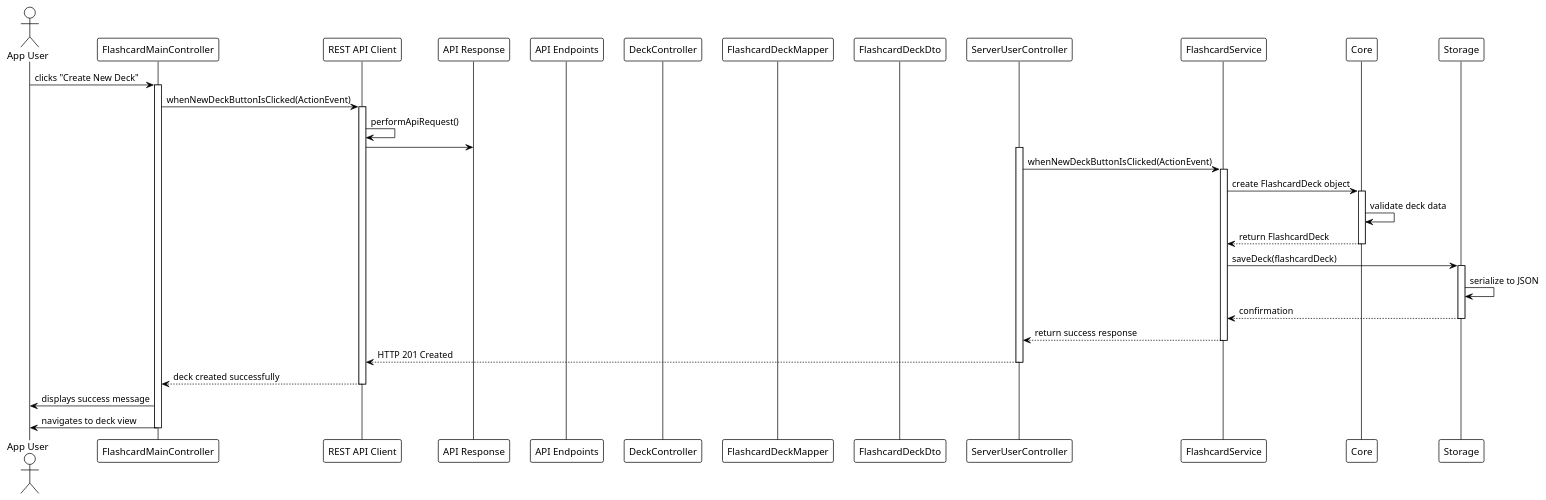
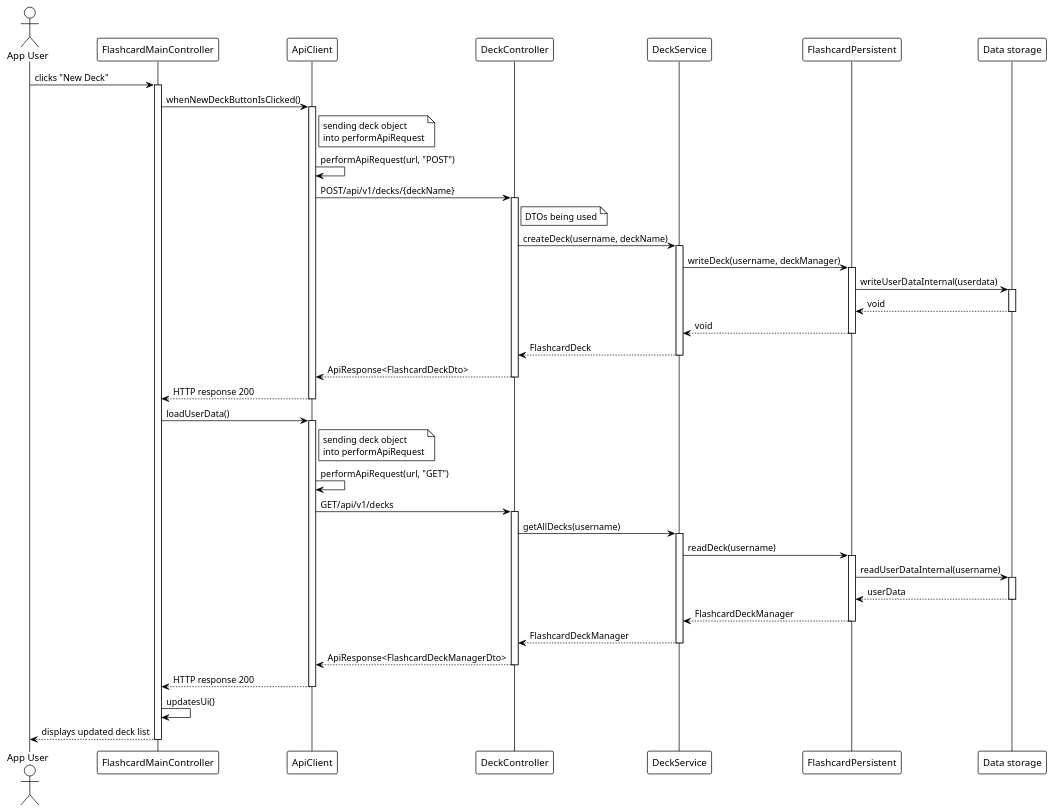
The diagram in docs/release_3/uml_documentation/sequence.puml (marennodenes/Flashcard-App), drawn with PlantUML before and after one commit.

Commit message:
docs(puml): create sequence.puml diagram
Created sequence.puml diagram for create new deck.
User story: As a user I want to create a new deck so that I can start creating flashcards for a new topic.

#106

```diff
--- a/docs/release_3/uml_documentation/sequence.puml
+++ b/docs/release_3/uml_documentation/sequence.puml
@@ -1,84 +1,73 @@
 @startuml create_flashcard_deck_sequence
 !theme plain
 skinparam monochrome true
 skinparam shadowing false
 
+actor "App User" as User
+participant "FlashcardMainController" as MainController
+participant "ApiClient" as APIClient
+participant "DeckController" as DeckController
+participant "DeckService" as DeckService
+
+participant "FlashcardPersistent" as FlashcardPersistent
+participant "Data storage" as DataStorage
+
+User -> MainController : clicks "New Deck"
+activate MainController
+
+MainController -> APIClient : whenNewDeckButtonIsClicked()
+activate APIClient
+note right APIClient : sending deck object\ninto performApiRequest 
+APIClient -> APIClient : performApiRequest(url, "POST")
+APIClient -> DeckController : POST/api/v1/decks/{deckName}
+activate DeckController
+note right of DeckController : DTOs being used
+DeckController -> DeckService : createDeck(username, deckName)
+activate DeckService
+
+DeckService -> FlashcardPersistent : writeDeck(username, deckManager)
+activate FlashcardPersistent
+FlashcardPersistent -> DataStorage : writeUserDataInternal(userdata)
+activate DataStorage
 
 
-/' 
+DataStorage --> FlashcardPersistent : void
+deactivate DataStorage
 
-- user writes deck name and clicks on "New Deck" button
-- (FlashcardMainController) whenNewDeckButtonIsClicked(ActionEvent): 
-    - (ApiClient) performApiRequest(String, String, Object, TupeReference<T>): 
-        -sendRequest(): returnerer <--  validates, 
-        <--parseResponse(String, TypeReference): <-- OBJECT_MAPPER.readValue(json, typeReference)
-    - (ApiResponse) isSuccess() <-- boolean
-
-    - loadUserData()
-        (ApiEndpoints) getUserDecksUrl(String username)
-        (DeckController) createDeck(username, deck)
-        isSucess and getData hvis disse stemmer så
-            - 
-    - updateUi()
-        setText(String), setVisible(), 
-        hideAllDeckButtons
-
-
- '/
-
-
-actor "App User" as User
-participant "FlashcardMainController" as MainController
-participant "REST API Client" as APIClient
-participant "API Response" as ApiResponse
-participant "API Endpoints" as ApiEndpoints
-participant "DeckController" as DeckController
-participant "DeckController" as DeckController
-participant "FlashcardDeckMapper" as FlashcardDeckMapper
-participant "FlashcardDeckDto" as FlashcardDeckDto
-
-
-User -> MainController : clicks "Create New Deck"
-activate MainController
-
-/' MainController -> User : displays deck creation form
-User -> MainController : enters deck name and details '/
-/' MainController -> MainController : validates input '/
-
-MainController -> APIClient : whenNewDeckButtonIsClicked(ActionEvent)
-activate APIClient
-
-APIClient -> APIClient : performApiRequest()
-
-APIClient -> ApiResponse : 
-activate ServerUserController
-
-ServerUserController -> FlashcardService : whenNewDeckButtonIsClicked(ActionEvent)
-activate FlashcardService
-
-FlashcardService -> Core : create FlashcardDeck object
-activate Core
-Core -> Core : validate deck data
-Core --> FlashcardService : return FlashcardDeck
-deactivate Core
-
-FlashcardService -> Storage : saveDeck(flashcardDeck)
-activate Storage
-Storage -> Storage : serialize to JSON
-Storage --> FlashcardService : confirmation
-deactivate Storage
-
-FlashcardService --> ServerUserController : return success response
-deactivate FlashcardService
-
-ServerUserController --> APIClient : HTTP 201 Created
-deactivate ServerUserController
-
-APIClient --> MainController : deck created successfully
+FlashcardPersistent --> DeckService : void
+deactivate FlashcardPersistent
+DeckService --> DeckController : FlashcardDeck
+deactivate DeckService
+DeckController --> APIClient : ApiResponse<FlashcardDeckDto>
+deactivate DeckController
+APIClient --> MainController : HTTP response 200
 deactivate APIClient
 
-MainController -> User : displays success message
-MainController -> User : navigates to deck view
+MainController -> APIClient : loadUserData()
+activate APIClient
+note right APIClient : sending deck object\ninto performApiRequest 
+APIClient -> APIClient : performApiRequest(url, "GET")
+/' APIClient -> APIClient : sendRequest() '/
+APIClient -> DeckController : GET/api/v1/decks
+activate DeckController
+DeckController -> DeckService : getAllDecks(username) 
+activate DeckService
+DeckService -> FlashcardPersistent : readDeck(username)
+activate FlashcardPersistent
+FlashcardPersistent -> DataStorage : readUserDataInternal(username)
+activate DataStorage
+DataStorage --> FlashcardPersistent : userData
+deactivate DataStorage
+FlashcardPersistent --> DeckService : FlashcardDeckManager
+deactivate FlashcardPersistent
+DeckService --> DeckController : FlashcardDeckManager
+deactivate DeckService
+DeckController --> APIClient : ApiResponse<FlashcardDeckManagerDto>
+deactivate DeckController
+APIClient --> MainController : HTTP response 200
+deactivate APIClient
+MainController -> MainController : updatesUi()
+MainController --> User : displays updated deck list
 deactivate MainController
 
 @enduml
```
